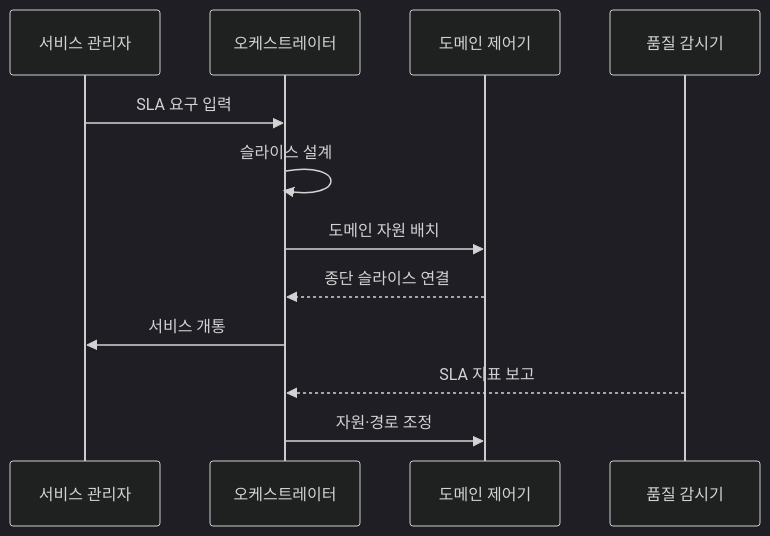
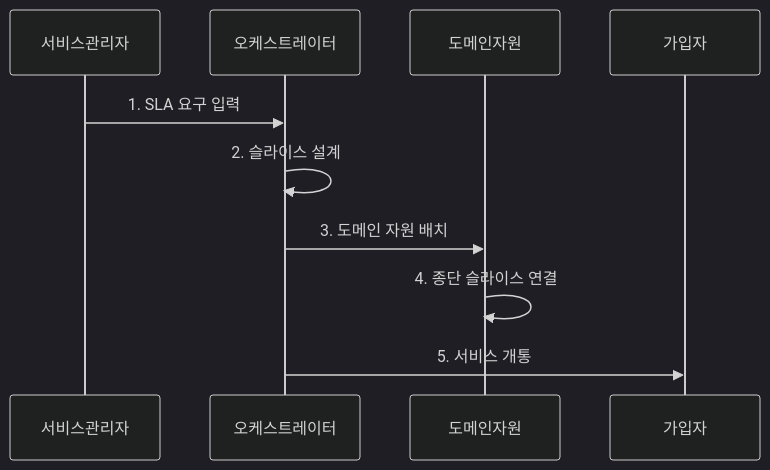
The second of 2 diagrams in src/content/docs/notes/04-network/039_5g_network_slicing.md (agnusdei1207/knowledge-base), drawn with Mermaid (dark theme) before and after one commit. The commit also changed other lines of this file and 20 other files, not shown here.

````diff
--- a/src/content/docs/notes/04-network/039_5g_network_slicing.md
+++ b/src/content/docs/notes/04-network/039_5g_network_slicing.md
@@ -78,14 +78,12 @@
 ```mermaid
 sequenceDiagram
-  participant S as 서비스 관리자
-  participant O as 오케스트레이터
-  participant D as 도메인 제어기
-  participant M as 품질 감시기
-  S->>O: SLA 요구 입력
-  O->>O: 슬라이스 설계
-  O->>D: 도메인 자원 배치
-  D-->>O: 종단 슬라이스 연결
-  O->>S: 서비스 개통
-  M-->>O: SLA 지표 보고
-  O->>D: 자원·경로 조정
+    participant 서비스관리자
+    participant 오케스트레이터
+    participant 도메인자원
+    participant 가입자
+    서비스관리자->>오케스트레이터: 1. SLA 요구 입력
+    오케스트레이터->>오케스트레이터: 2. 슬라이스 설계
+    오케스트레이터->>도메인자원: 3. 도메인 자원 배치
+    도메인자원->>도메인자원: 4. 종단 슬라이스 연결
+    오케스트레이터->>가입자: 5. 서비스 개통
 ```
````
